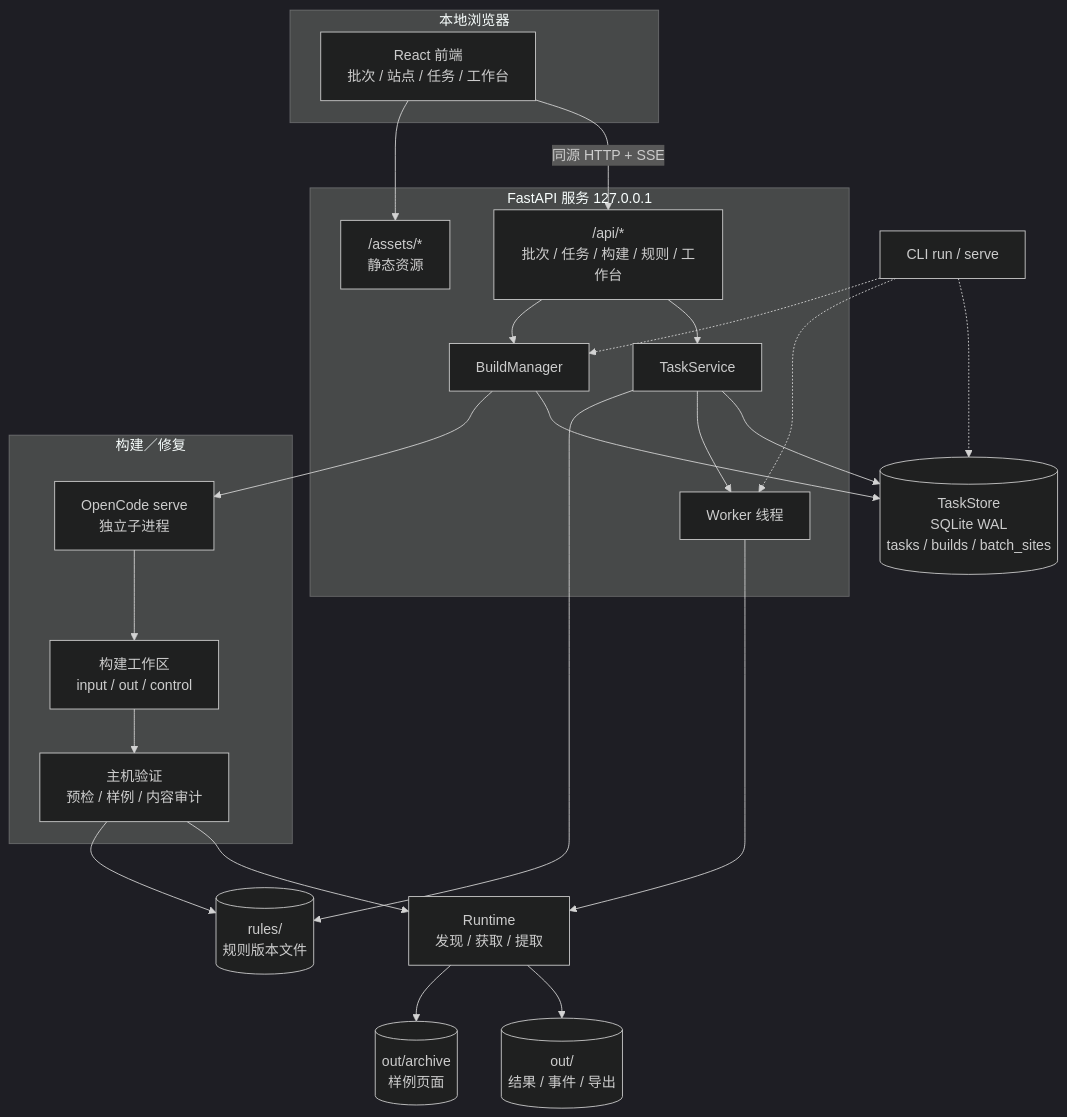
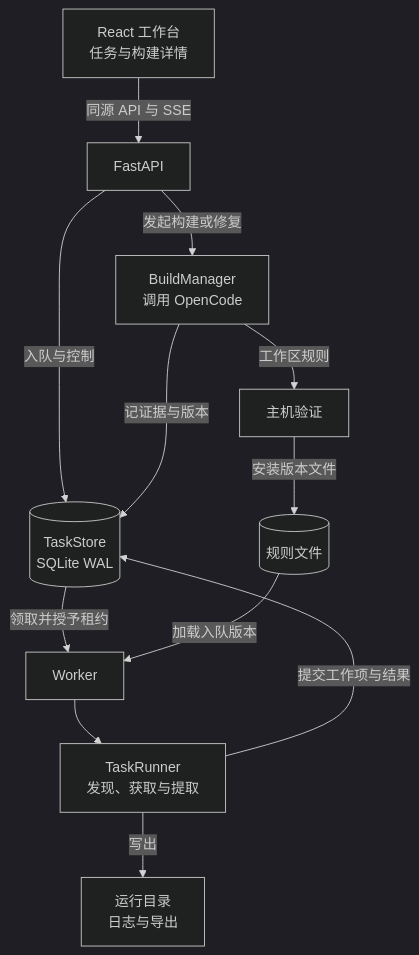
Before and after one commit to xuchaoxin1375/ai-ecom-crawler: the diagram in docs/26-D08任务服务与界面设计.md, drawn with Mermaid (dark theme). The commit also changed other lines of this file and 17 other files, not shown here.

````diff
--- a/docs/26-D08任务服务与界面设计.md
+++ b/docs/26-D08任务服务与界面设计.md
@@ -77,43 +77,14 @@
 ```mermaid
 flowchart TB
-    subgraph CLIENT["本地浏览器"]
-        FE["React 前端<br/>批次 / 站点 / 任务 / 工作台"]
-    end
-    subgraph SERVICE["FastAPI 服务 127.0.0.1"]
-        API["/api/*<br/>批次 / 任务 / 构建 / 规则 / 工作台"]
-        STATIC["/assets/*<br/>静态资源"]
-        TS["TaskService"]
-        BM["BuildManager"]
-        W["Worker 线程"]
-    end
-    subgraph BUILDRUN["构建／修复"]
-        OC["OpenCode serve<br/>独立子进程"]
-        WS["构建工作区<br/>input / out / control"]
-        VAL["主机验证<br/>预检 / 样例 / 内容审计"]
-    end
-    STORE[("TaskStore<br/>SQLite WAL<br/>tasks / builds / batch_sites")]
-    RULES[("rules/<br/>规则版本文件")]
-    OUT[("out/<task_id><br/>结果 / 事件 / 导出")]
-    ARCH[("out/archive<br/>样例页面")]
-    RUNTIME["Runtime<br/>发现 / 获取 / 提取"]
-
-    FE -->|"同源 HTTP + SSE"| API
-    FE --> STATIC
-    API --> TS
-    API --> BM
-    TS --> STORE
-    TS --> W
-    W --> RUNTIME
-    RUNTIME --> OUT
-    RUNTIME --> ARCH
-    BM --> STORE
-    BM --> OC
-    OC --> WS
-    WS --> VAL
-    VAL --> RUNTIME
-    VAL --> RULES
-    TS --> RULES
-    CLI["CLI run / serve"] -.-> STORE
-    CLI -.-> W
-    CLI -.-> BM
+    FE["React 工作台<br/>任务与构建详情"] -->|同源 API 与 SSE| API["FastAPI"]
+    API -->|入队与控制| Store[("TaskStore<br/>SQLite WAL")]
+    API -->|发起构建或修复| Build["BuildManager<br/>调用 OpenCode"]
+    Build -->|工作区规则| Validate["主机验证"]
+    Validate -->|安装版本文件| Rules[("规则文件")]
+    Build -->|记证据与版本| Store
+    Store -->|领取并授予租约| Worker["Worker"]
+    Rules -->|加载入队版本| Worker
+    Worker --> Runner["TaskRunner<br/>发现、获取与提取"]
+    Runner -->|提交工作项与结果| Store
+    Runner -->|写出| Output["运行目录<br/>日志与导出"]
 ```
````
